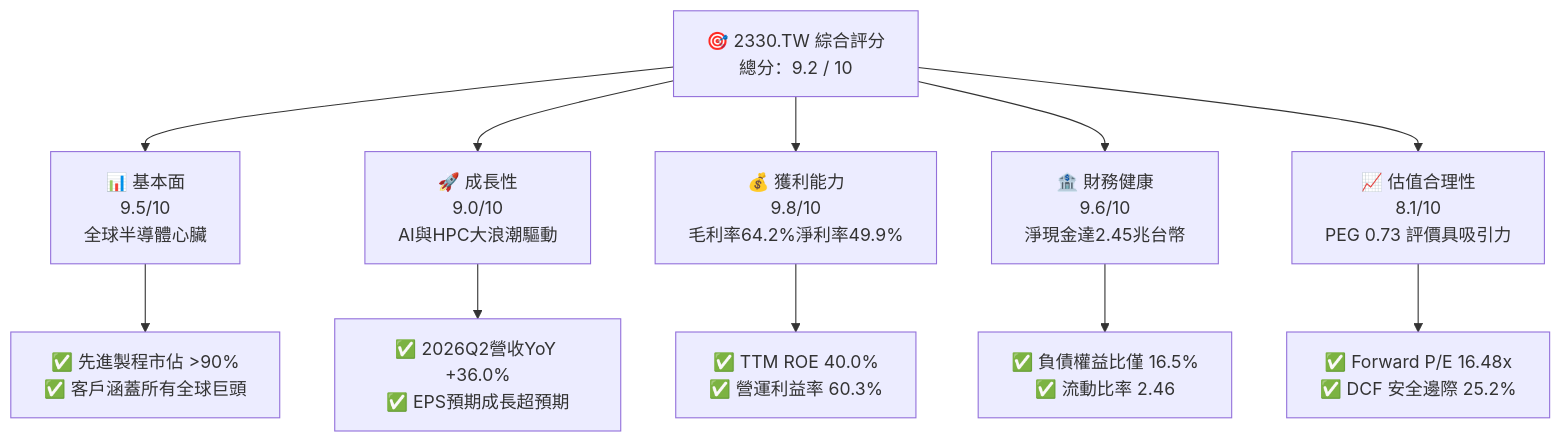
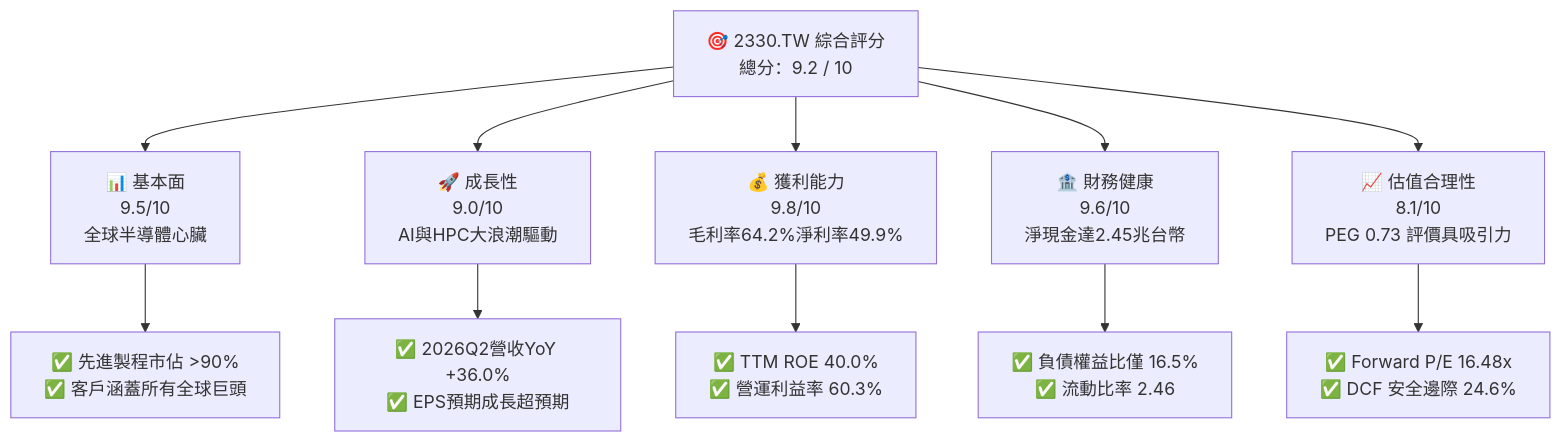
Before and after one commit to yennanliu/finance_data: the first of 15 diagrams in ai_gen_report/fundamental/2330.tw/fundamental_analysis_2026-10-15_gemini.md, drawn with Mermaid. The commit also changed other lines of this file and 339 other files, not shown here.

````diff
--- a/ai_gen_report/fundamental/2330.tw/fundamental_analysis_2026-10-15_gemini.md
+++ b/ai_gen_report/fundamental/2330.tw/fundamental_analysis_2026-10-15_gemini.md
@@ -60,22 +67,22 @@
 ```mermaid
 graph TD
     TICKER["🎯 2330.TW 綜合評分<br/>總分：9.2 / 10"]
 
     F["📊 基本面<br/>9.5/10<br/>全球半導體心臟"]
     G["🚀 成長性<br/>9.0/10<br/>AI與HPC大浪潮驅動"]
     P["💰 獲利能力<br/>9.8/10<br/>毛利率64.2%淨利率49.9%"]
     B["🏦 財務健康<br/>9.6/10<br/>淨現金達2.45兆台幣"]
     V["📈 估值合理性<br/>8.1/10<br/>PEG 0.73 評價具吸引力"]
 
     TICKER --> F
     TICKER --> G
     TICKER --> P
     TICKER --> B
     TICKER --> V
 
     F --> F1["✅ 先進製程市佔 >90%<br/>✅ 客戶涵蓋所有全球巨頭"]
     G --> G1["✅ 2026Q2營收YoY +36.0%<br/>✅ EPS預期成長超預期"]
     P --> P1["✅ TTM ROE 40.0%<br/>✅ 營運利益率 60.3%"]
     B --> B1["✅ 負債權益比僅 16.5%<br/>✅ 流動比率 2.46"]
-    V --> V1["✅ Forward P/E 16.48x<br/>✅ DCF 安全邊際 25.2%"]
+    V --> V1["✅ Forward P/E 16.48x<br/>✅ DCF 安全邊際 24.6%"]
 ```
````
